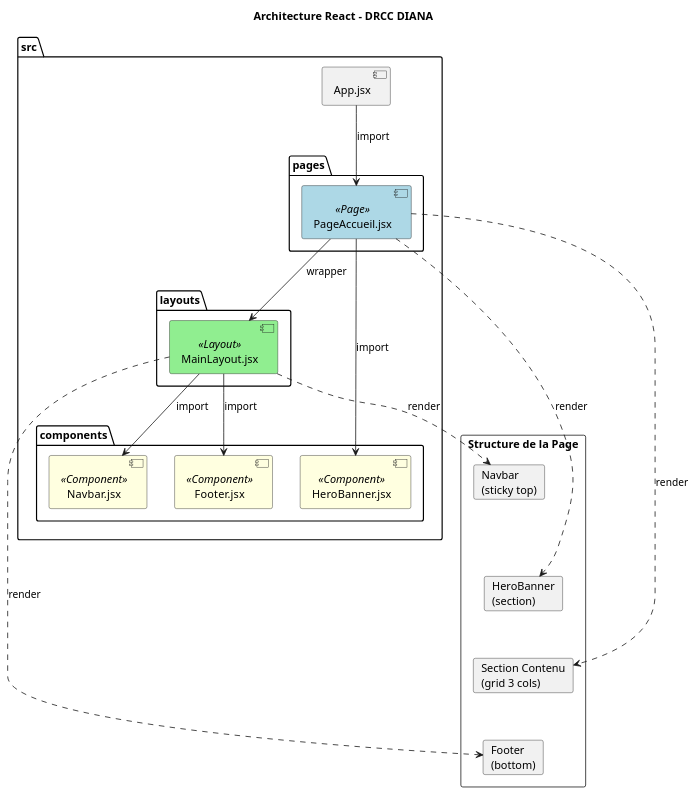
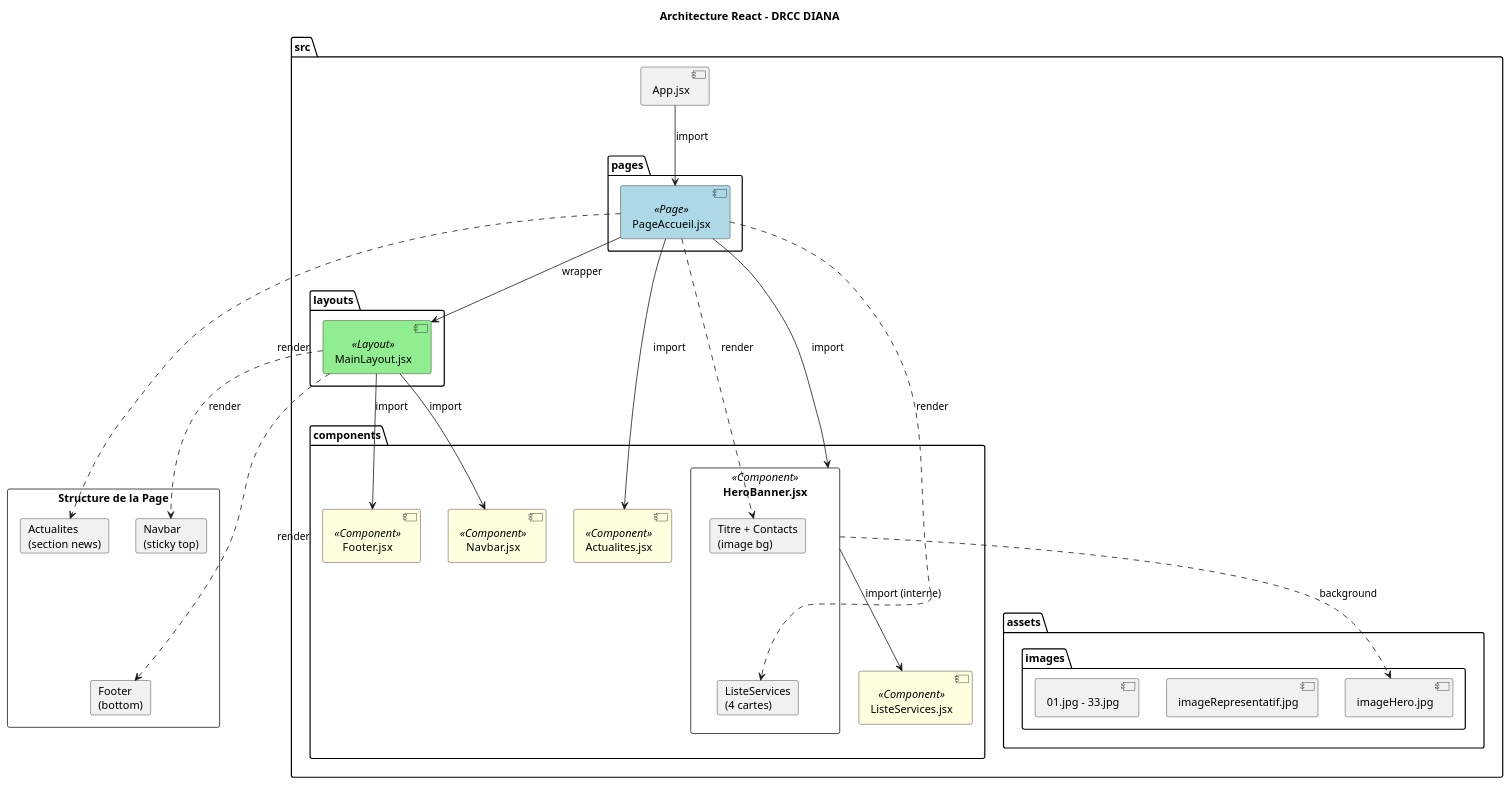
One commit to Alain884495/drccdiana changed the diagram in architecture.puml. Above: the diagram before and after it, drawn with PlantUML. The commit also changed 46 other files, not shown here.

```diff
--- a/architecture.puml
+++ b/architecture.puml
@@ -1,53 +1,73 @@
 @startuml
 
 skinparam component {
   BackgroundColor<<Page>> LightBlue
   BackgroundColor<<Layout>> LightGreen
   BackgroundColor<<Component>> LightYellow
 }
 
 title Architecture React - DRCC DIANA
 
 package "src" {
   [App.jsx] as App
 
   package "pages" {
     [PageAccueil.jsx] as PageAccueil <<Page>>
   }
 
   package "layouts" {
     [MainLayout.jsx] as MainLayout <<Layout>>
   }
 
   package "components" {
     [Navbar.jsx] as Navbar <<Component>>
     [HeroBanner.jsx] as HeroBanner <<Component>>
+    [ListeServices.jsx] as ListeServices <<Component>>
+    [Actualites.jsx] as Actualites <<Component>>
     [Footer.jsx] as Footer <<Component>>
+  }
+
+  package "assets" {
+    package "images" {
+      [imageHero.jpg]
+      [imageRepresentatif.jpg]
+      [01.jpg - 33.jpg]
+    }
   }
 }
 
 ' Relations
 App --> PageAccueil : import
 PageAccueil --> MainLayout : wrapper
 MainLayout --> Navbar : import
 MainLayout --> Footer : import
 PageAccueil --> HeroBanner : import
+PageAccueil --> Actualites : import
+HeroBanner --> ListeServices : import (interne)
+HeroBanner ..> imageHero.jpg : background
 
 ' Structure visuelle
 rectangle "Structure de la Page" {
   card "Navbar\n(sticky top)" as NavCard
-  card "HeroBanner\n(section)" as HeroCard
-  card "Section Contenu\n(grid 3 cols)" as ContentCard
+  
+  rectangle "HeroBanner" {
+    card "Titre + Contacts\n(image bg)" as HeroContent
+    card "ListeServices\n(4 cartes)" as ServicesCard
+  }
+  
+  card "Actualites\n(section news)" as ActuCard
   card "Footer\n(bottom)" as FooterCard
 }
 
-NavCard -[hidden]-> HeroCard
-HeroCard -[hidden]-> ContentCard
-ContentCard -[hidden]-> FooterCard
+NavCard -[hidden]-> HeroContent
+HeroContent -[hidden]-> ServicesCard
+ServicesCard -[hidden]-> ActuCard
+ActuCard -[hidden]-> FooterCard
 
 MainLayout ..> NavCard : render
 MainLayout ..> FooterCard : render
-PageAccueil ..> HeroCard : render
-PageAccueil ..> ContentCard : render
+PageAccueil ..> HeroContent : render
+PageAccueil ..> ServicesCard : render
+PageAccueil ..> ActuCard : render
 
 @enduml
```
